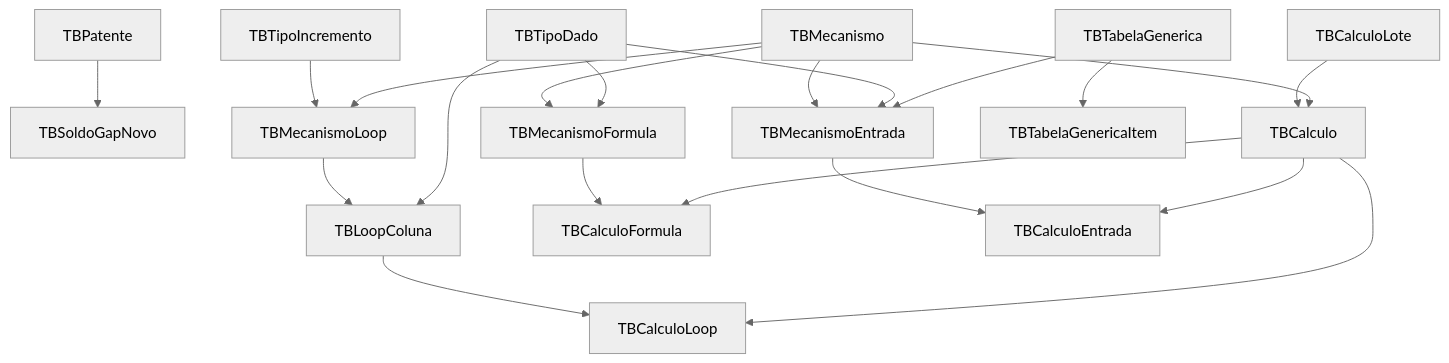
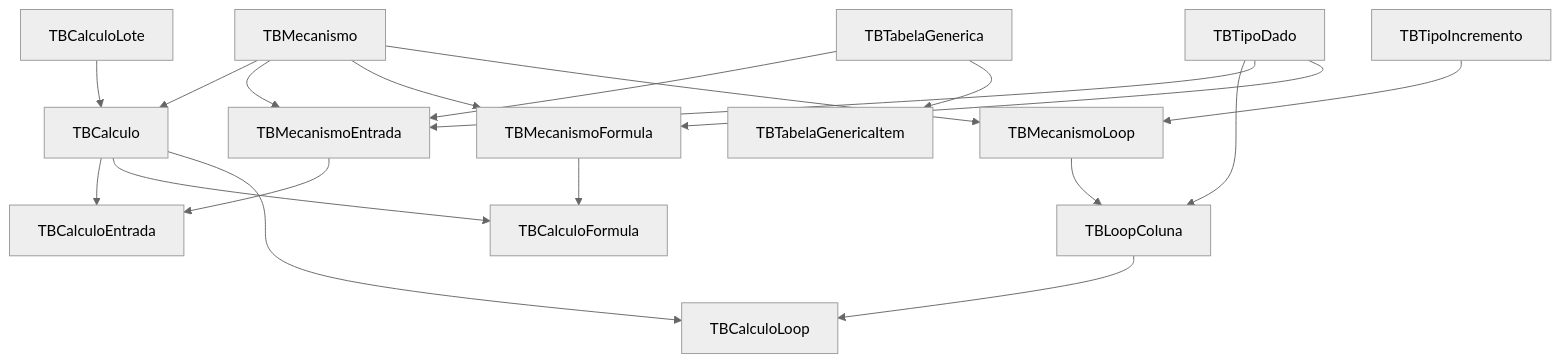
Before and after one commit to PedroDeveloper/adsd: the first of 15 diagrams in BDFolhaBA.md, drawn with Mermaid. The commit also changed other lines of this file, not shown here.

````diff
--- a/BDFolhaBA.md
+++ b/BDFolhaBA.md
@@ -1,53 +1,50 @@
 ```mermaid
 graph TB
 %%{ init: { 'theme': 'neutral', 'flowchart': { 'useMaxWidth': false, 'curve': 'basis' }}}%%
-	TBTabelaGenerica["TBTabelaGenerica"]
+	TBCalculoLoop["TBCalculoLoop"]
 
-	TBSoldoGapNovo["TBSoldoGapNovo"]
+	TBCalculoEntrada["TBCalculoEntrada"]
 
-	TBPatente["TBPatente"]
-
-	TBTipoDado["TBTipoDado"]
-
-	TBMecanismo["TBMecanismo"]
+	TBCalculoFormula["TBCalculoFormula"]
 
 	TBCalculo["TBCalculo"]
 
 	TBCalculoLote["TBCalculoLote"]
 
-	TBCalculoLoop["TBCalculoLoop"]
-
 	TBLoopColuna["TBLoopColuna"]
 
 	TBMecanismoLoop["TBMecanismoLoop"]
 
-	TBTipoIncremento["TBTipoIncremento"]
-
-	TBCalculoFormula["TBCalculoFormula"]
+	TBMecanismoEntrada["TBMecanismoEntrada"]
 
 	TBMecanismoFormula["TBMecanismoFormula"]
 
-	TBCalculoEntrada["TBCalculoEntrada"]
+	TBMecanismo["TBMecanismo"]
 
-	TBMecanismoEntrada["TBMecanismoEntrada"]
+	TBTabelaGenericaItem["TBTabelaGenericaItem"]
 
-	TBTabelaGenerica --> TBMecanismoEntrada
-	TBTabelaGenerica --> TBTabelaGenericaItem
-	TBPatente --> TBSoldoGapNovo
-	TBTipoDado --> TBLoopColuna
-	TBTipoDado --> TBMecanismoEntrada
-	TBTipoDado --> TBMecanismoFormula
-	TBMecanismo --> TBCalculo
-	TBMecanismo --> TBMecanismoEntrada
-	TBMecanismo --> TBMecanismoFormula
-	TBMecanismo --> TBMecanismoLoop
+	TBTabelaGenerica["TBTabelaGenerica"]
+
+	TBTipoDado["TBTipoDado"]
+
+	TBTipoIncremento["TBTipoIncremento"]
+
 	TBCalculo --> TBCalculoEntrada
 	TBCalculo --> TBCalculoFormula
 	TBCalculo --> TBCalculoLoop
 	TBCalculoLote --> TBCalculo
 	TBLoopColuna --> TBCalculoLoop
 	TBMecanismoLoop --> TBLoopColuna
+	TBMecanismoEntrada --> TBCalculoEntrada
+	TBMecanismoFormula --> TBCalculoFormula
+	TBMecanismo --> TBCalculo
+	TBMecanismo --> TBMecanismoEntrada
+	TBMecanismo --> TBMecanismoFormula
+	TBMecanismo --> TBMecanismoLoop
+	TBTabelaGenerica --> TBMecanismoEntrada
+	TBTabelaGenerica --> TBTabelaGenericaItem
+	TBTipoDado --> TBLoopColuna
+	TBTipoDado --> TBMecanismoEntrada
+	TBTipoDado --> TBMecanismoFormula
 	TBTipoIncremento --> TBMecanismoLoop
-	TBMecanismoFormula --> TBCalculoFormula
-	TBMecanismoEntrada --> TBCalculoEntrada
 ```
````
